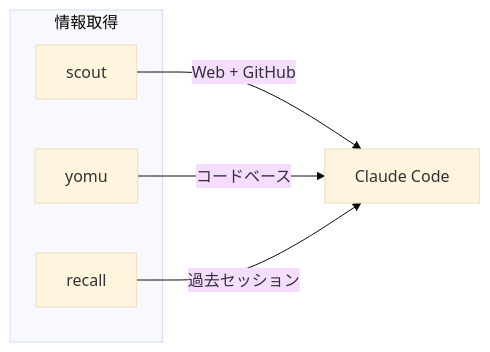
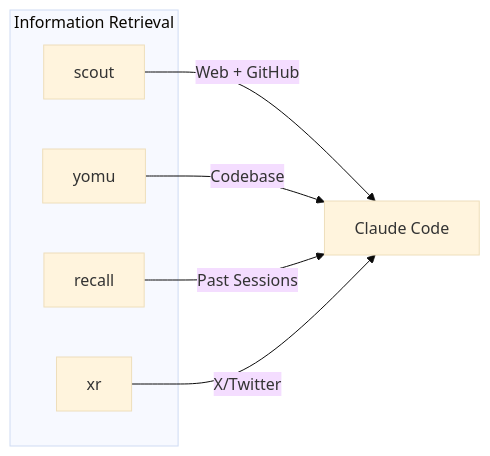
The diagram in .ja/docs/CLI_TOOLS.md (thkt/dotclaude), drawn with Mermaid (base theme) before and after one commit. The commit also changed other lines of this file and 380 other files, not shown here.

````diff
--- a/.ja/docs/CLI_TOOLS.md
+++ b/.ja/docs/CLI_TOOLS.md
@@ -13,12 +11,14 @@
 ```mermaid
 graph LR
-    subgraph Search["情報取得"]
+    subgraph Search["Information Retrieval"]
         SC[scout]
         YO[yomu]
         RE[recall]
+        XR[xr]
     end
 
     SC -->|Web + GitHub| AI[Claude Code]
-    YO -->|コードベース| AI
-    RE -->|過去セッション| AI
+    YO -->|Codebase| AI
+    RE -->|Past Sessions| AI
+    XR -->|X/Twitter| AI
 ```
````
